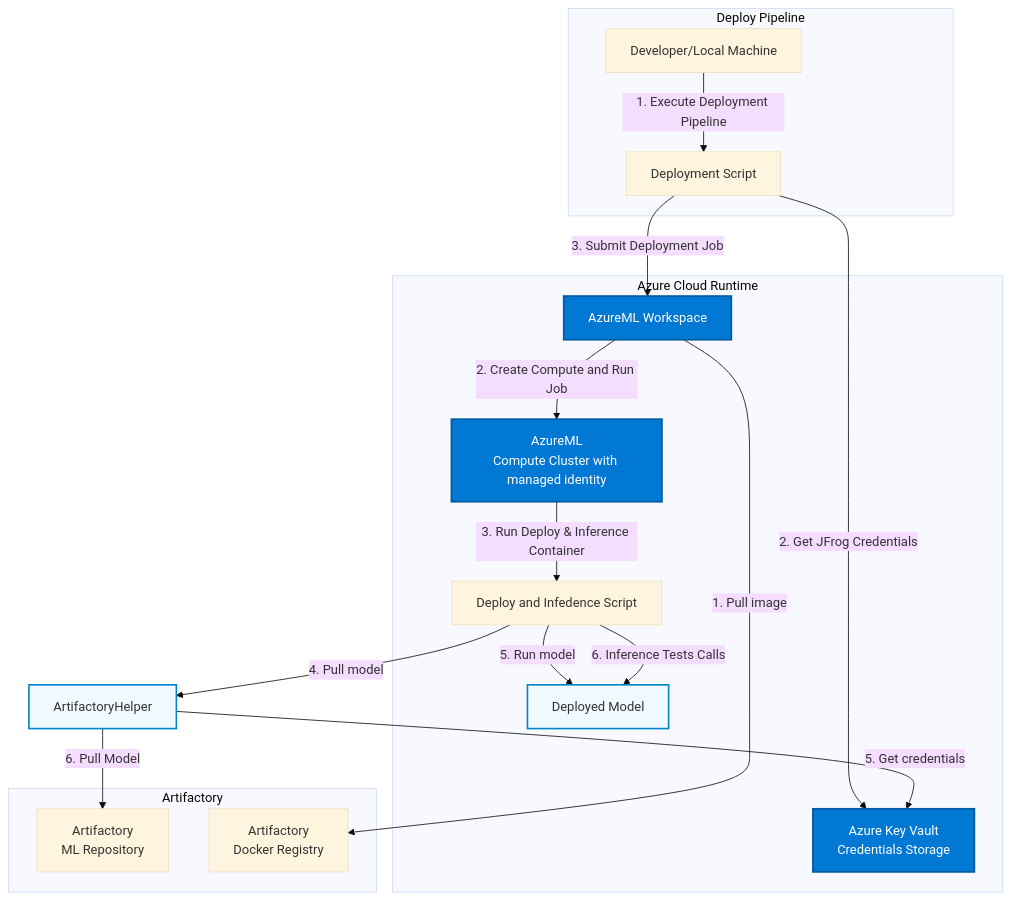
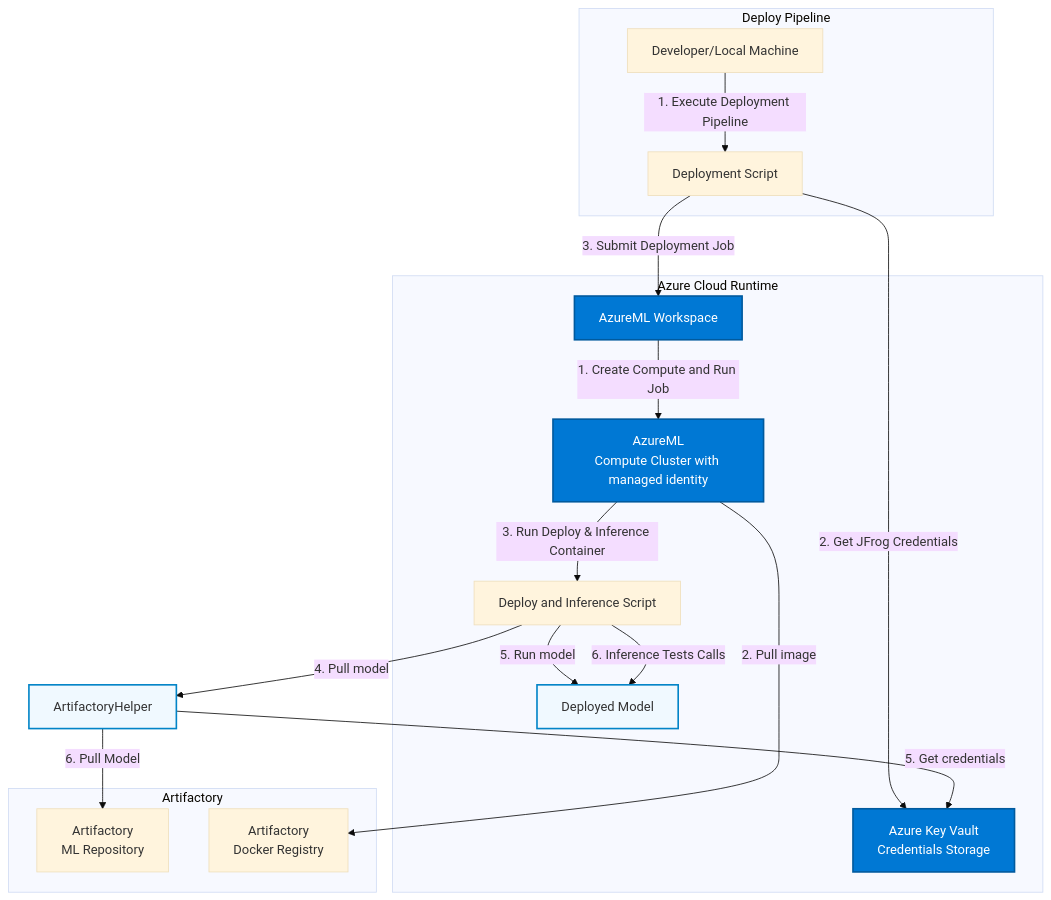
The second of 4 diagrams in README.md (jfrog/JFrog-AzureML-integration), drawn with Mermaid (base theme) before and after one commit.

Commit message:
README: diagrams

````diff
--- a/README.md
+++ b/README.md
@@ -81,45 +81,45 @@
 ```mermaid
 graph TB
     subgraph "Deploy Pipeline"
         DeploymentDev[Developer/Local Machine]
         DeployPipelineScript[Deployment Script]
     end
     subgraph "Artifactory"
         ArtifactoryML[Artifactory<br/>ML Repository]
         ArtifactoryDocker2[Artifactory<br/>Docker Registry]
     end
     subgraph "Azure Cloud Runtime"
         KV[Azure Key Vault<br/>Credentials Storage]
         AML[AzureML Workspace]
         Compute[AzureML<br/>Compute Cluster with managed identity]
-        deploy_and_inference[Deploy and Infedence Script]
+        deploy_and_inference[Deploy and Inference Script]
         Model[Deployed Model]
 
     end
 
     %% Deployment Phase Flow
     DeploymentDev -->|1. Execute Deployment Pipeline| DeployPipelineScript
     DeployPipelineScript -->|2. Get JFrog Credentials| KV
     DeployPipelineScript -->|3. Submit Deployment Job| AML
 
-    %% Runtime Phase Flow
-    AML -->|1. Pull image  | ArtifactoryDocker2
-    AML -->|2. Create Compute and Run Job| Compute
+    %% Runtime Phase Flow    
+    AML -->|1. Create Compute and Run Job| Compute
+    Compute -->|2. Pull image  | ArtifactoryDocker2
     Compute -->|3. Run Deploy & Inference Container| deploy_and_inference
     deploy_and_inference -->|4. Pull model| ArtifactoryHelper    
     ArtifactoryHelper -->|5. Get credentials| KV
     ArtifactoryHelper -->|6. Pull Model| ArtifactoryML
     deploy_and_inference -->|5. Run model| Model
     deploy_and_inference -->|6. Inference Tests Calls| Model    
 
     %% Styling
     classDef Deploy Pipeline fill:#e1f5ff,stroke:#01579b,stroke-width:2px
     classDef azure fill:#0078d4,stroke:#005a9e,stroke-width:2px,color:#fff
     classDef artifactory fill:#40a9ff,stroke:#096dd9,stroke-width:2px
     classDef runtime fill:#f0f9ff,stroke:#0284c7,stroke-width:2px
 
     class DeploymentDev,DeployPipelineScript,Deploy Pipeline
     class KV,AML,Compute,MI azure
     class Container,TrainScript,ArtifactoryHelper,Model runtime
 
 ```
````
